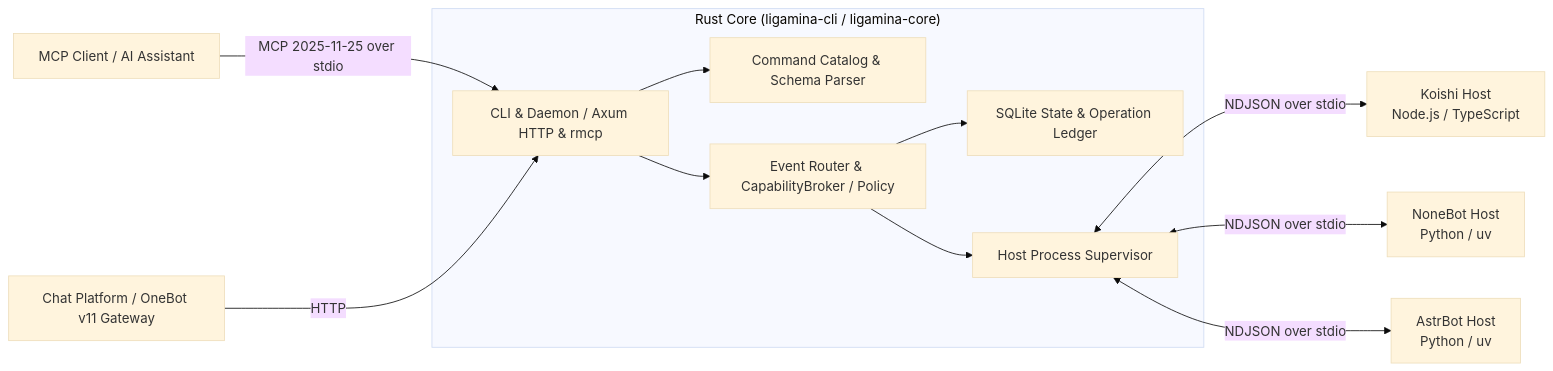
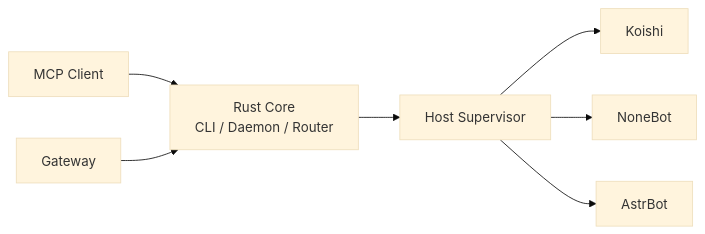
One commit to Enoa-devteam/Ligamina changed the diagram in README.md. Above: the diagram before and after it, drawn with Mermaid (base theme). The commit also changed other lines of this file and 1 other file, not shown here.

````diff
--- a/README.md
+++ b/README.md
@@ -32,21 +26,7 @@
 ```mermaid
 flowchart LR
-    MCP[MCP Client / AI Assistant] -->|MCP 2025-11-25 over stdio| CLI
-    GW[Chat Platform / OneBot v11 Gateway] -->|HTTP| CLI
-
-    subgraph Core["Rust Core (ligamina-cli / ligamina-core)"]
-        CLI[CLI & Daemon / Axum HTTP & rmcp]
-        CMD[Command Catalog & Schema Parser]
-        ROUTER[Event Router & CapabilityBroker / Policy]
-        STORE[SQLite State & Operation Ledger]
-        SUP[Host Process Supervisor]
-        CLI --> CMD
-        CLI --> ROUTER
-        ROUTER --> STORE
-        ROUTER --> SUP
-    end
-
-    SUP <-->|NDJSON over stdio| KH[Koishi Host\nNode.js / TypeScript]
-    SUP <-->|NDJSON over stdio| NB[NoneBot Host\nPython / uv]
-    SUP <-->|NDJSON over stdio| AB[AstrBot Host\nPython / uv]
+    MCP[MCP Client] --> CLI
+    GW[Gateway] --> CLI
+    CLI[Rust Core<br/>CLI / Daemon / Router] --> SUP[Host Supervisor]
+    SUP --> KH[Koishi] & NB[NoneBot] & AB[AstrBot]
 ```
````
